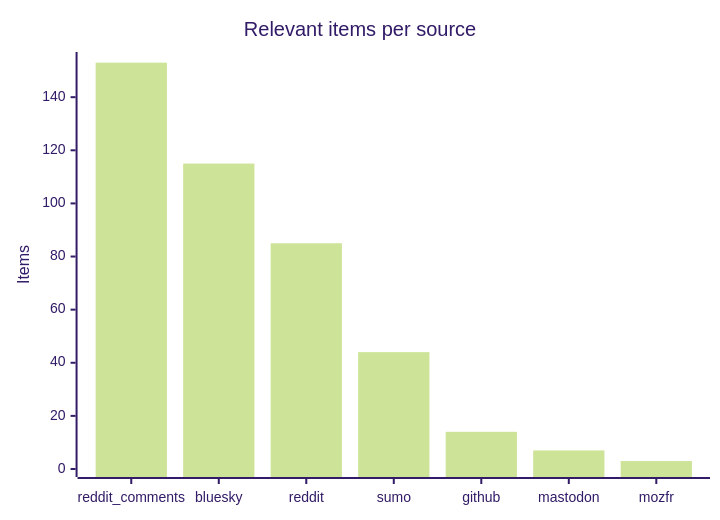
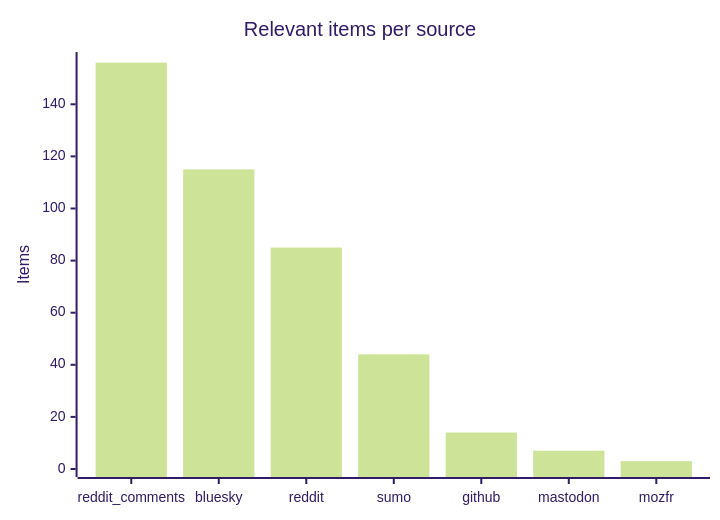
Before and after one commit to martinbalfanz/social-scanner-reports: the third of 4 diagrams in README.md, drawn with Mermaid (forest theme). The commit also changed other lines of this file and 7 other files, not shown here.

````diff
--- a/README.md
+++ b/README.md
@@ -48,7 +48,7 @@
 ```mermaid
 xychart-beta
     title "Relevant items per source"
     x-axis ["reddit_comments", "bluesky", "reddit", "sumo", "github", "mastodon", "mozfr"]
-    y-axis "Items" 0 --> 154
-    bar [153, 115, 85, 44, 14, 7, 3]
+    y-axis "Items" 0 --> 157
+    bar [156, 115, 85, 44, 14, 7, 3]
 ```
````
